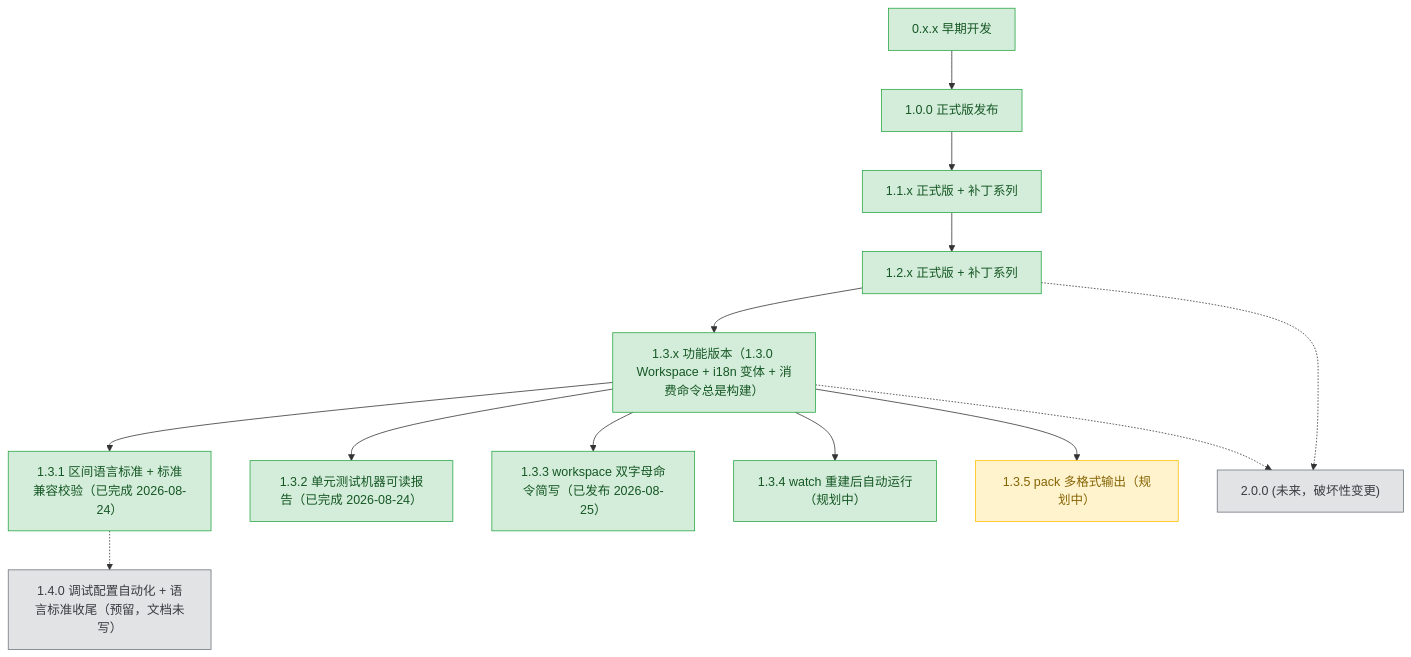
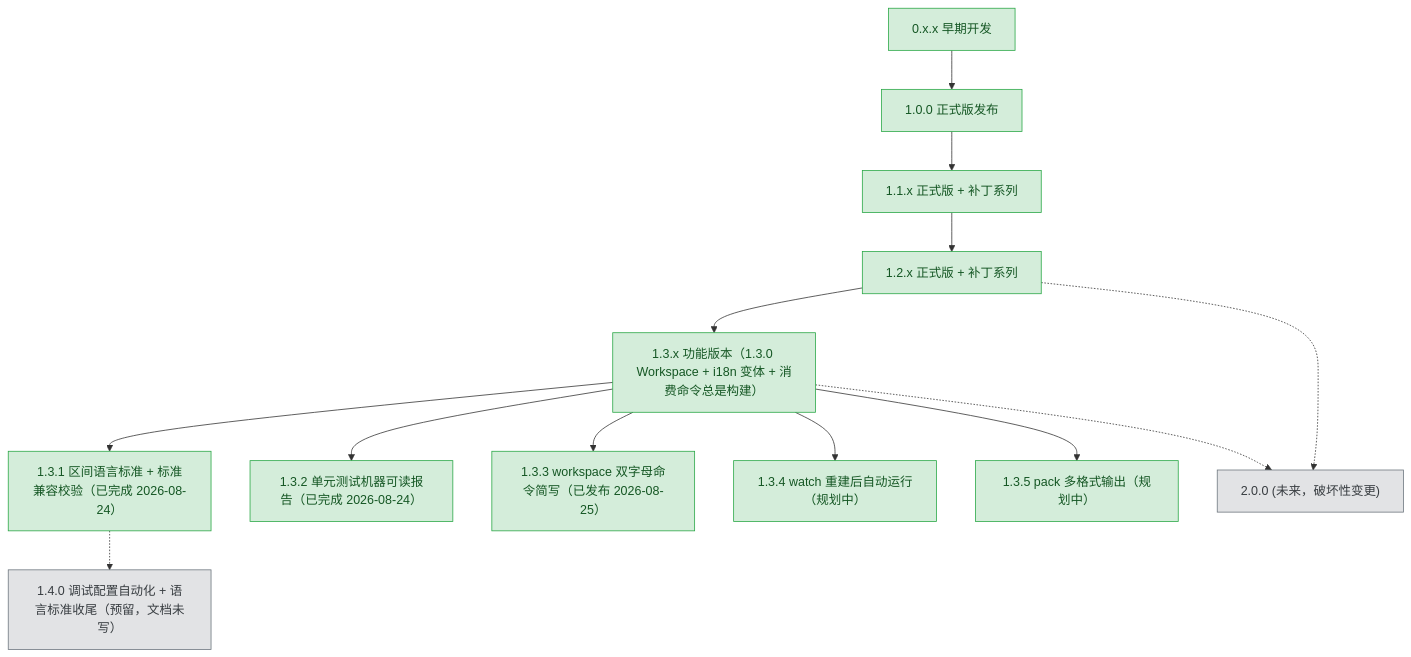
The diagram in plans/README.md (3667808244/EazyMake), drawn with Mermaid before and after one commit. The commit also changed other lines of this file and 7 other files, not shown here.

````diff
--- a/plans/README.md
+++ b/plans/README.md
@@ -62,45 +62,46 @@
 ```mermaid
 graph TD
     v0xx["0.x.x 早期开发"]
     v100["1.0.0 正式版发布"]
     v11x["1.1.x 正式版 + 补丁系列"]
     v12x["1.2.x 正式版 + 补丁系列"]
     v13x["1.3.x 功能版本（1.3.0 Workspace + i18n 变体 + 消费命令总是构建）"]
     v131["1.3.1 区间语言标准 + 标准兼容校验（已完成 2026-08-24）"]
     v132["1.3.2 单元测试机器可读报告（已完成 2026-08-24）"]
     v133["1.3.3 workspace 双字母命令简写（已发布 2026-08-25）"]
     v134["1.3.4 watch 重建后自动运行（已完成 2026-08-25）"]
+    v135["1.3.5 pack 多格式输出（已完成 2026-08-25）"]
     v134["1.3.4 watch 重建后自动运行（规划中）"]
     v135["1.3.5 pack 多格式输出（规划中）"]
     v140["1.4.0 调试配置自动化 + 语言标准收尾（预留，文档未写）"]
     v200["2.0.0 (未来，破坏性变更)"]
 
     v0xx --> v100
     v100 --> v11x
     v11x --> v12x
     v12x --> v13x
     v13x --> v131
     v13x --> v132
     v13x --> v133
     v13x --> v134
     v13x --> v135
     v131 -.-> v140
     v12x -.-> v200
     v13x -.-> v200
 
     classDef done fill:#d4edda,stroke:#28a745,color:#155724;
     classDef active fill:#fff3cd,stroke:#ffc107,color:#856404;
     classDef todo fill:#e2e3e5,stroke:#6c757d,color:#383d41;
 
     class v0xx,v100 done;
     class v11x done;
     class v12x done;
     class v13x done;
     class v131 done;
     class v132 done;
     class v133 done;
     class v134 done;
-    class v135 active;
+    class v135 done;
     class v140 todo;
     class v200 todo;
 ```
````
